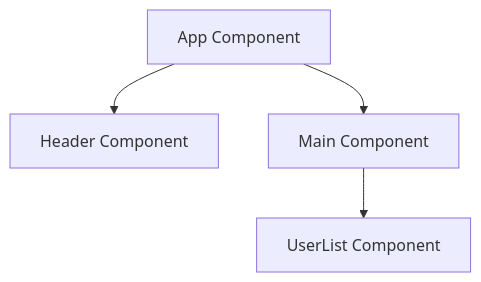
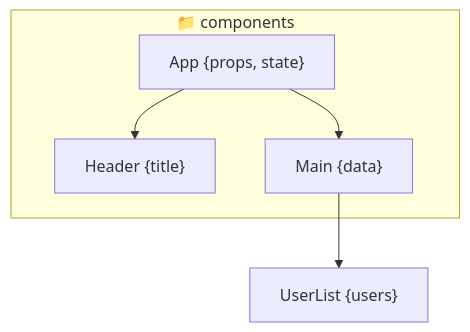
One commit to sunjoy18/DeCodify changed the second of 4 diagrams in README.md. Above: the diagram before and after it, drawn with Mermaid. The commit also changed other lines of this file and 24 other files, not shown here.

First line of the commit message:
Add diagram visualization and codebase tab enhancements

````diff
--- a/README.md
+++ b/README.md
@@ -118,6 +125,8 @@
 ```mermaid
 graph TD
-    App[App Component] --> Header[Header Component]
-    App --> Main[Main Component]
-    Main --> UserList[UserList Component]
+    subgraph components["📁 components"]
+        App["App {props, state}"] --> Header["Header {title}"]
+        App --> Main["Main {data}"]
+    end
+    Main --> UserList["UserList {users}"]
 ```
````
